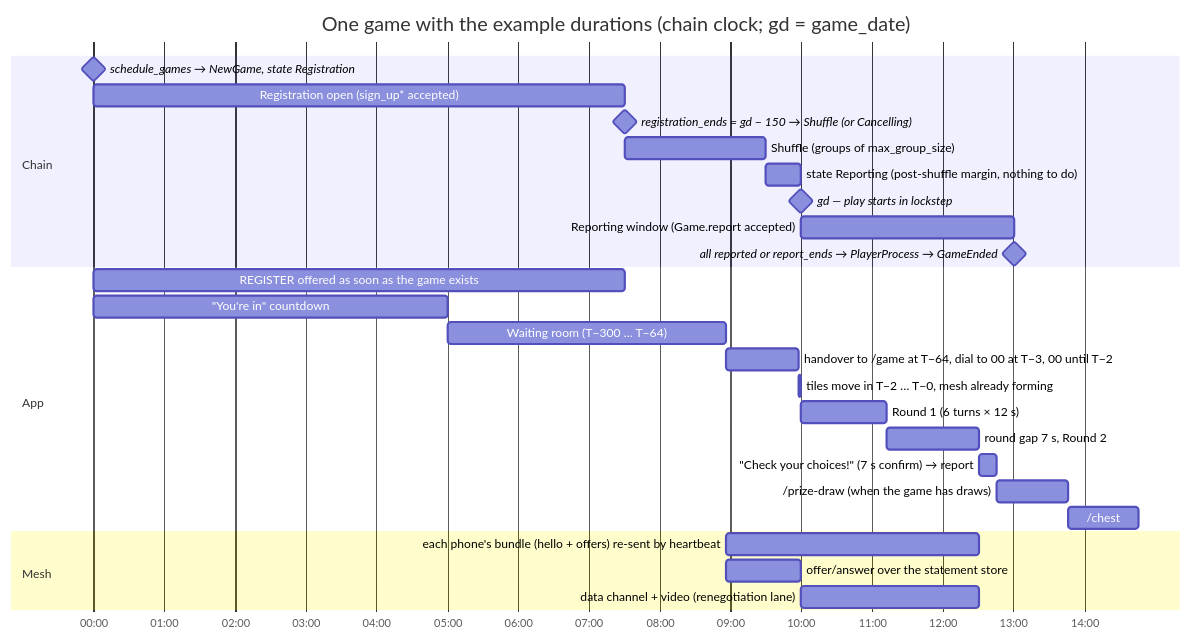
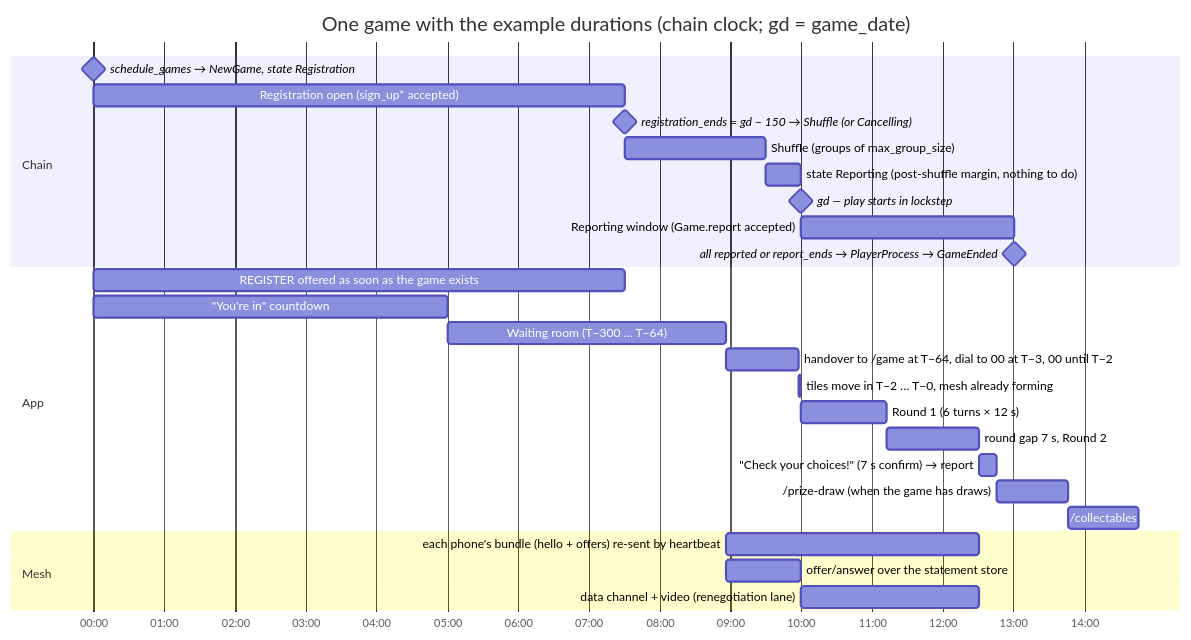
The first of 3 diagrams in docs/flow.md (paritytech/individuality-apps), drawn with Mermaid before and after one commit. The commit also changed other lines of this file and 207 other files, not shown here.

Commit message:
refactor(jollity-app): rename the chest to collectables

````diff
--- a/docs/flow.md
+++ b/docs/flow.md
@@ -18,30 +18,30 @@
 ```mermaid
 gantt
   title One game with the example durations (chain clock; gd = game_date)
   dateFormat HH:mm:ss
   axisFormat %M:%S
   section Chain
   schedule_games → NewGame, state Registration : milestone, m1, 00:00:00, 0s
   Registration open (sign_up* accepted) : a1, 00:00:00, 450s
   registration_ends = gd − 150 → Shuffle (or Cancelling) : milestone, m2, 00:07:30, 0s
   Shuffle (groups of max_group_size) : a2, 00:07:30, 120s
   state Reporting (post-shuffle margin, nothing to do) : a3, 00:09:30, 30s
   gd — play starts in lockstep : milestone, m3, 00:10:00, 0s
   Reporting window (Game.report accepted) : a4, 00:10:00, 181s
   all reported or report_ends → PlayerProcess → GameEnded : milestone, m4, 00:13:01, 0s
   section App
   REGISTER offered as soon as the game exists : b1, 00:00:00, 450s
   "You're in" countdown : b2, 00:00:00, 300s
   Waiting room (T−300 … T−64) : b3, 00:05:00, 236s
   handover to /game at T−64, dial to 00 at T−3, 00 until T−2 : b4, 00:08:56, 62s
   tiles move in T−2 … T−0, mesh already forming : b5, 00:09:58, 2s
   Round 1 (6 turns × 12 s) : b6, 00:10:00, 72s
   round gap 7 s, Round 2 : b7, 00:11:12, 79s
   "Check your choices!" (7 s confirm) → report : b8, 00:12:31, 15s
   /prize-draw (when the game has draws) : b9, 00:12:46, 60s
-  /chest : b10, 00:13:46, 60s
+  /collectables : b10, 00:13:46, 60s
   section Mesh
   each phone's bundle (hello + offers) re-sent by heartbeat : c1, 00:08:56, 215s
   offer/answer over the statement store : c2, 00:08:56, 64s
   data channel + video (renegotiation lane) : c3, 00:10:00, 151s
 ```
````
